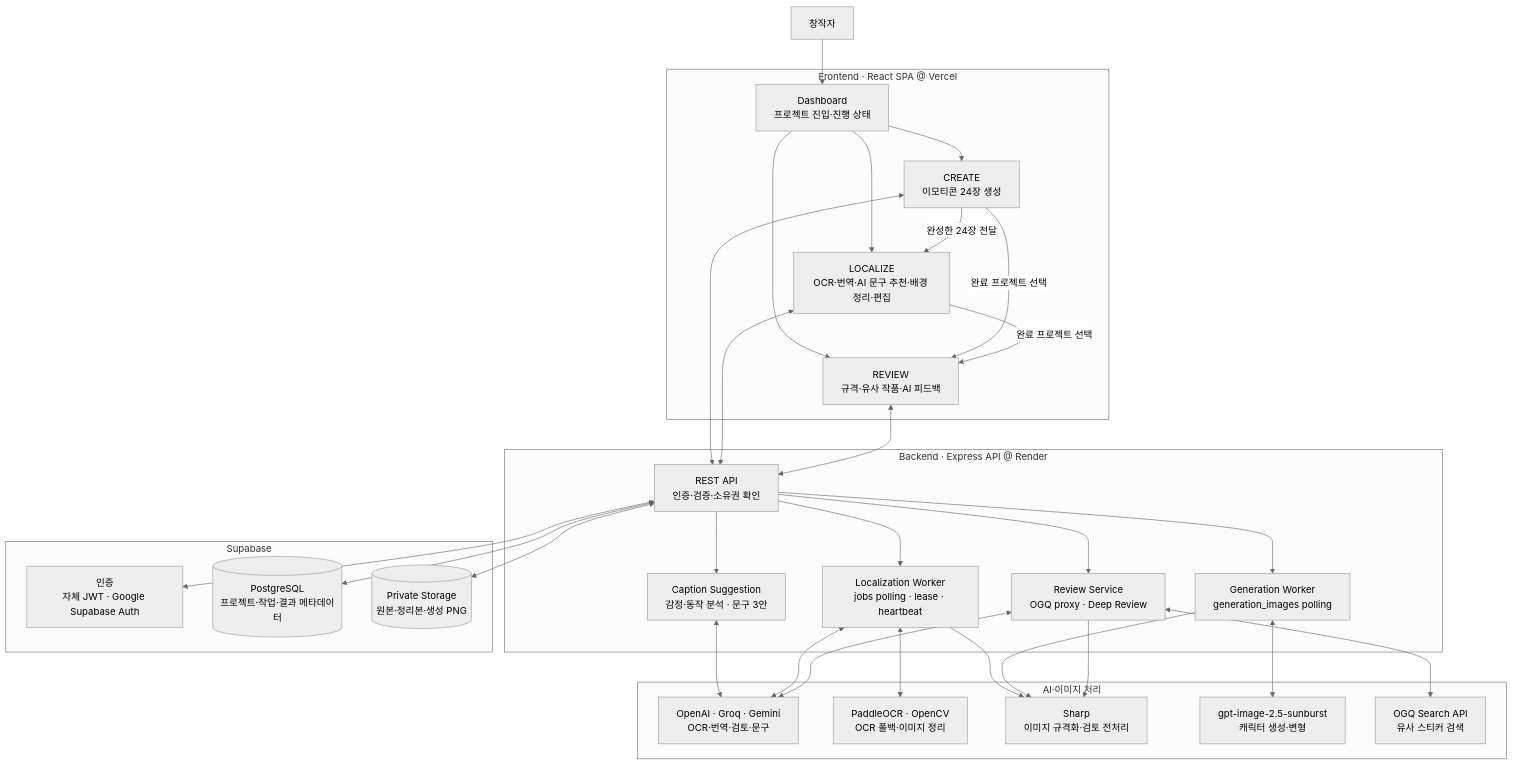
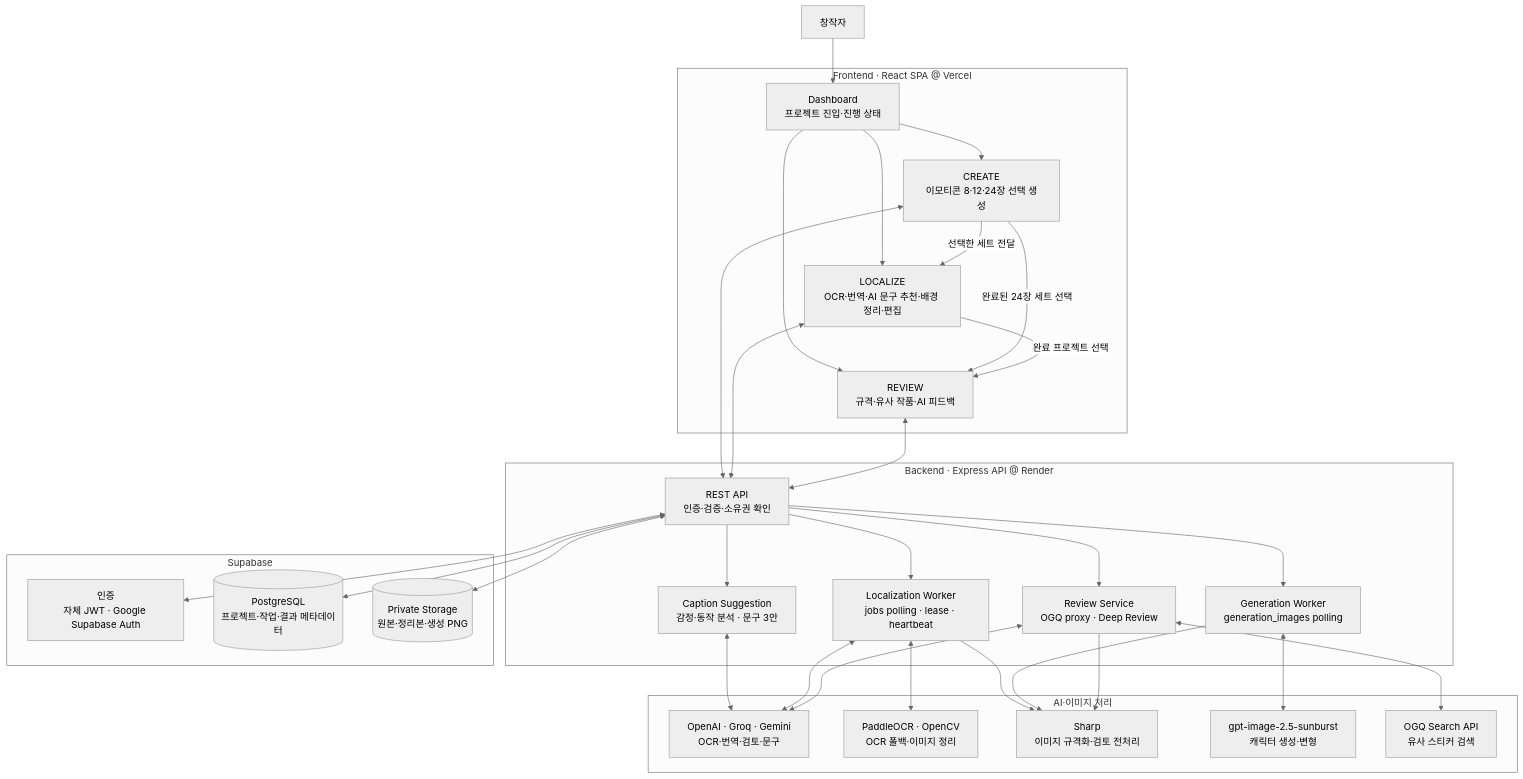
One commit to Linkshimcat/Glocalizer changed the first of 4 diagrams in README.md. Above: the diagram before and after it, drawn with Mermaid (neutral theme). The commit also changed other lines of this file, not shown here.

````diff
--- a/README.md
+++ b/README.md
@@ -46,61 +47,61 @@
 ```mermaid
 flowchart TB
     user["창작자"]
 
     subgraph client["Frontend · React SPA @ Vercel"]
         dashboard["Dashboard<br/>프로젝트 진입·진행 상태"]
-        create["CREATE<br/>이모티콘 24장 생성"]
+        create["CREATE<br/>이모티콘 8·12·24장 선택 생성"]
         localize["LOCALIZE<br/>OCR·번역·AI 문구 추천·배경 정리·편집"]
         review["REVIEW<br/>규격·유사 작품·AI 피드백"]
     end
 
     subgraph server["Backend · Express API @ Render"]
         api["REST API<br/>인증·검증·소유권 확인"]
         localizationWorker["Localization Worker<br/>jobs polling · lease · heartbeat"]
         generationWorker["Generation Worker<br/>generation_images polling"]
         reviewService["Review Service<br/>OGQ proxy · Deep Review"]
         captionService["Caption Suggestion<br/>감정·동작 분석 · 문구 3안"]
     end
 
     subgraph data["Supabase"]
         auth["인증<br/>자체 JWT · Google Supabase Auth"]
         db[("PostgreSQL<br/>프로젝트·작업·결과 메타데이터")]
         storage[("Private Storage<br/>원본·정리본·생성 PNG")]
     end
 
     subgraph ai["AI·이미지 처리"]
         textVision["OpenAI · Groq · Gemini<br/>OCR·번역·검토·문구"]
         localOcr["PaddleOCR · OpenCV<br/>OCR 폴백·이미지 정리"]
         sharp["Sharp<br/>이미지 규격화·검토 전처리"]
         imageModel["gpt-image-2.5-sunburst<br/>캐릭터 생성·변형"]
         ogq["OGQ Search API<br/>유사 스티커 검색"]
     end
 
     user --> dashboard
     dashboard --> create
     dashboard --> localize
     dashboard --> review
-    create -->|"완성한 24장 전달"| localize
-    create -->|"완료 프로젝트 선택"| review
+    create -->|"선택한 세트 전달"| localize
+    create -->|"완료된 24장 세트 선택"| review
     localize -->|"완료 프로젝트 선택"| review
 
     create <--> api
     localize <--> api
     review <--> api
     api <--> auth
     api <--> db
     api <--> storage
     api --> localizationWorker
     api --> generationWorker
     api --> reviewService
     api --> captionService
     captionService <--> textVision
     localizationWorker <--> textVision
     localizationWorker <--> localOcr
     localizationWorker --> sharp
     generationWorker <--> imageModel
     generationWorker --> sharp
     reviewService <--> textVision
     reviewService --> sharp
     reviewService <--> ogq
 ```
````
